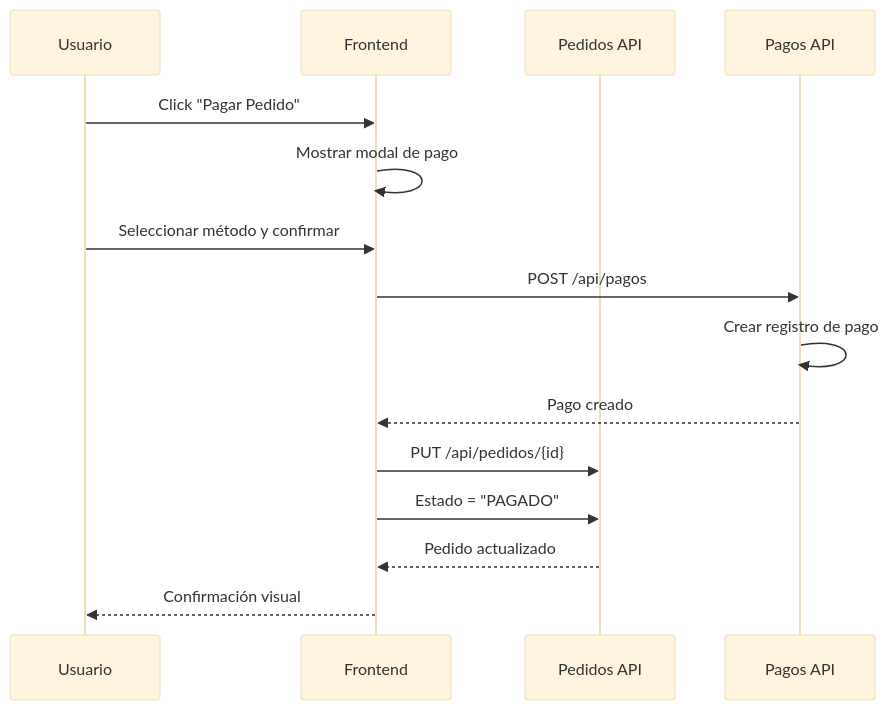
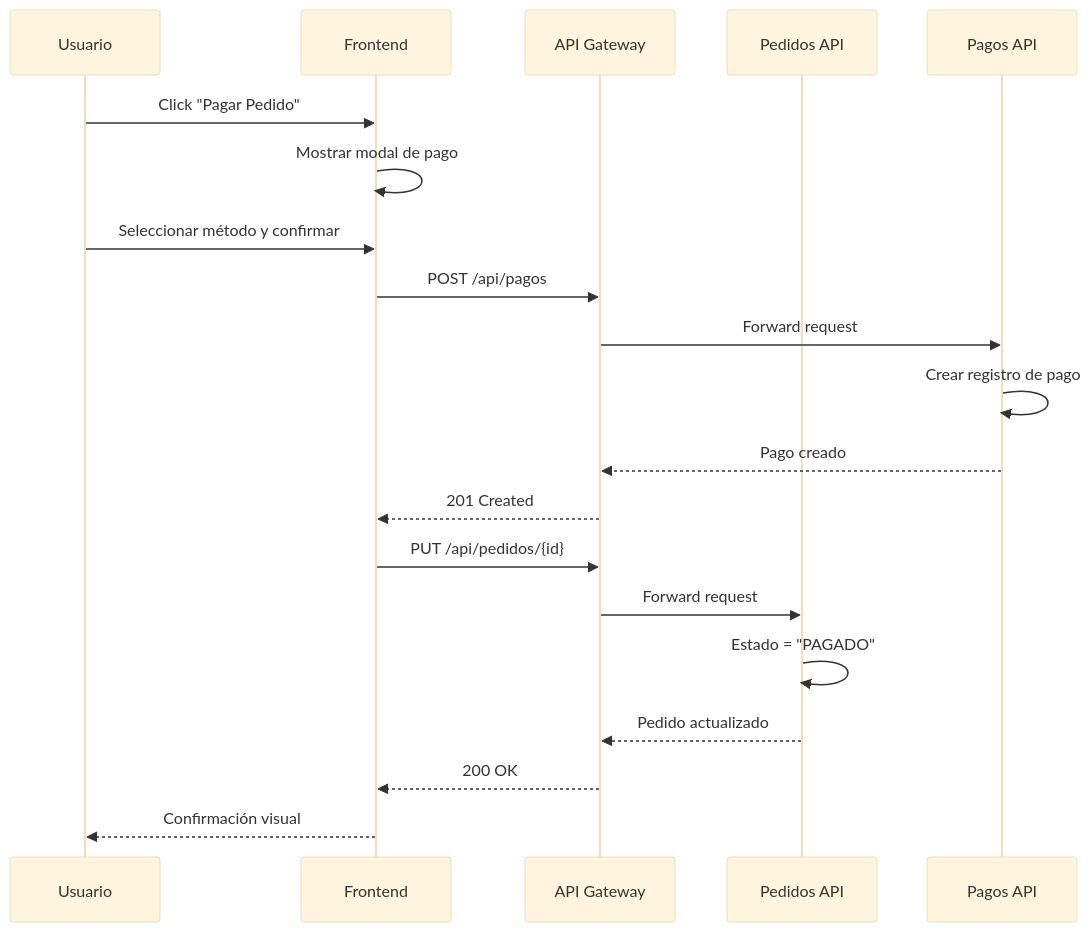
Before and after one commit to Chocopro713/MVP_Empresa_ABC: the second of 2 diagrams in README.md, drawn with Mermaid (base theme). The commit also changed other lines of this file and 50 other files, not shown here.

````diff
--- a/README.md
+++ b/README.md
@@ -358,18 +417,23 @@
 ```mermaid
 sequenceDiagram
     participant U as Usuario
     participant F as Frontend
+    participant GW as API Gateway
     participant P as Pedidos API
     participant G as Pagos API
     
     U->>F: Click "Pagar Pedido"
     F->>F: Mostrar modal de pago
     U->>F: Seleccionar método y confirmar
-    F->>G: POST /api/pagos
+    F->>GW: POST /api/pagos
+    GW->>G: Forward request
     G->>G: Crear registro de pago
-    G-->>F: Pago creado
-    F->>P: PUT /api/pedidos/{id}
-    F->>P: Estado = "PAGADO"
-    P-->>F: Pedido actualizado
+    G-->>GW: Pago creado
+    GW-->>F: 201 Created
+    F->>GW: PUT /api/pedidos/{id}
+    GW->>P: Forward request
+    P->>P: Estado = "PAGADO"
+    P-->>GW: Pedido actualizado
+    GW-->>F: 200 OK
     F-->>U: Confirmación visual
 ```
````
